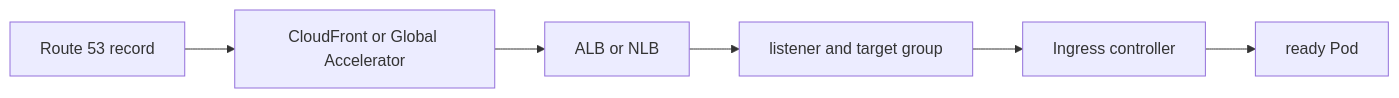
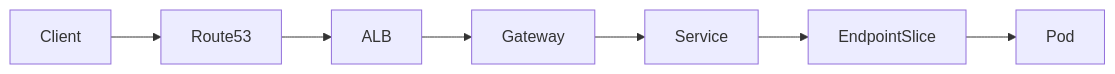
The diagram in docs/study/aws/05-load-balancing-dns-and-edge.md (m1mohamad/devops-sre-prep), drawn with Mermaid before and after one commit. The commit also changed other lines of this file and 106 other files, not shown here.

````diff
--- a/docs/study/aws/05-load-balancing-dns-and-edge.md
+++ b/docs/study/aws/05-load-balancing-dns-and-edge.md
@@ -15,4 +19,4 @@
 ```mermaid
 flowchart LR
-  N0[Route 53 record] --> N1[CloudFront or Global Accelerator] --> N2[ALB or NLB] --> N3[listener and target group] --> N4[Ingress controller] --> N5[ready Pod]
+  Client --> Route53 --> ALB --> Gateway --> Service --> EndpointSlice --> Pod
 ```
````
